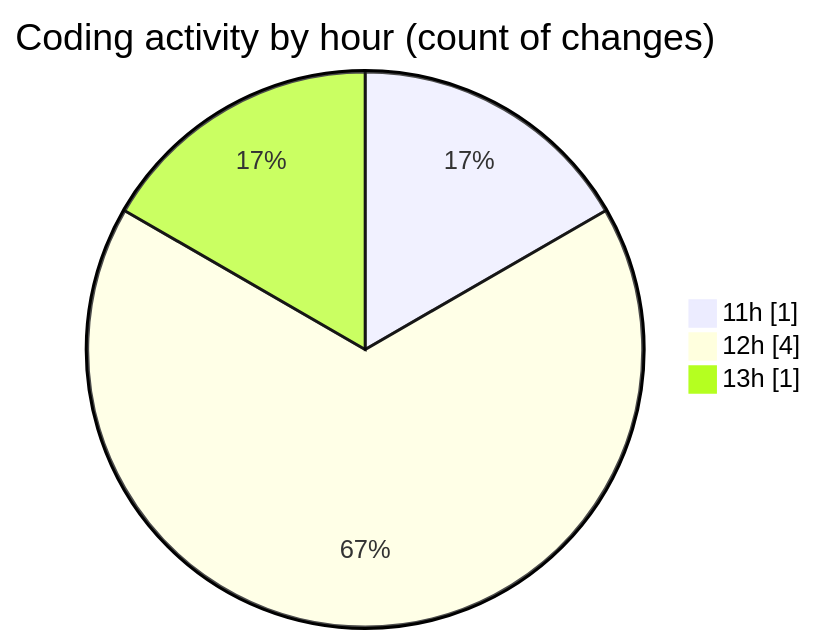
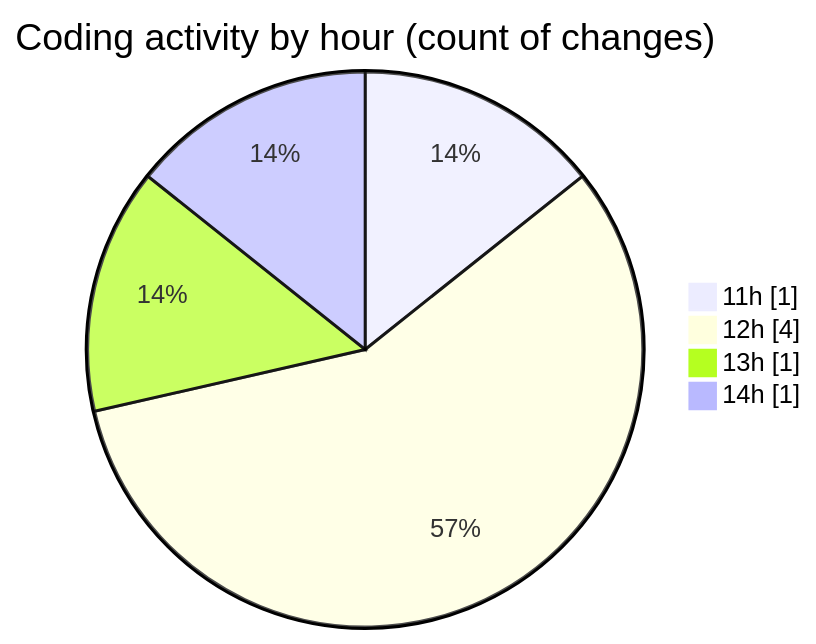
One commit to ricardozamudiocil/code-tracking changed the second of 2 diagrams in 2026-03-10/cilapp/README.md. Above: the diagram before and after it, drawn with Mermaid. The commit also changed other lines of this file and 1 other file, not shown here.

````diff
--- a/2026-03-10/cilapp/README.md
+++ b/2026-03-10/cilapp/README.md
@@ -31,7 +33,8 @@
 ```mermaid
 pie showData
 title Coding activity by hour (count of changes)
 "11h" : 1
 "12h" : 4
 "13h" : 1
+"14h" : 1
 ```
````
